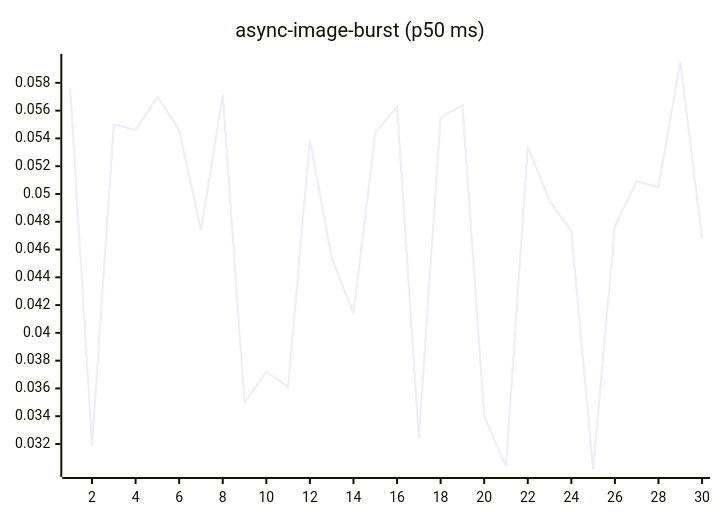
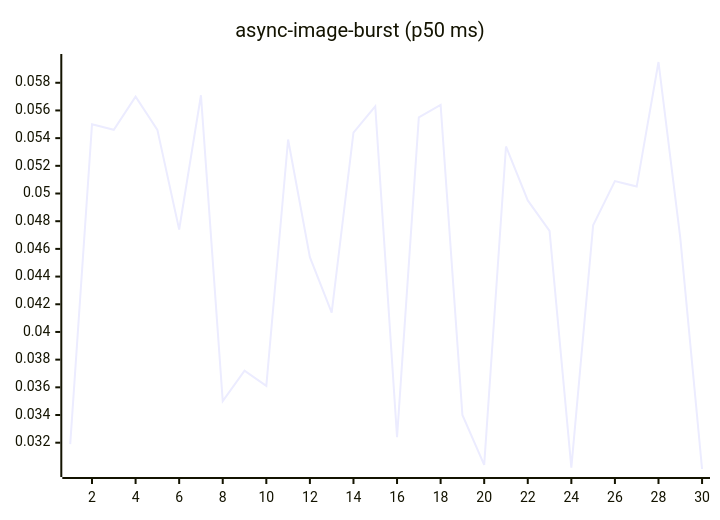
The fourth of 27 diagrams in README.md (josha/Facet), drawn with Mermaid before and after one commit. The commit also changed other lines of this file and 2 other files, not shown here.

````diff
--- a/README.md
+++ b/README.md
@@ -84,6 +84,6 @@
 ```mermaid
 xychart-beta
     title "async-image-burst (p50 ms)"
     x-axis 1 --> 30
-    line [0.0576, 0.0319, 0.0550, 0.0546, 0.0570, 0.0546, 0.0474, 0.0571, 0.0350, 0.0372, 0.0361, 0.0539, 0.0454, 0.0414, 0.0544, 0.0563, 0.0324, 0.0555, 0.0564, 0.0340, 0.0304, 0.0534, 0.0495, 0.0473, 0.0302, 0.0477, 0.0509, 0.0505, 0.0595, 0.0468]
+    line [0.0319, 0.0550, 0.0546, 0.0570, 0.0546, 0.0474, 0.0571, 0.0350, 0.0372, 0.0361, 0.0539, 0.0454, 0.0414, 0.0544, 0.0563, 0.0324, 0.0555, 0.0564, 0.0340, 0.0304, 0.0534, 0.0495, 0.0473, 0.0302, 0.0477, 0.0509, 0.0505, 0.0595, 0.0468, 0.0301]
 ```
````
